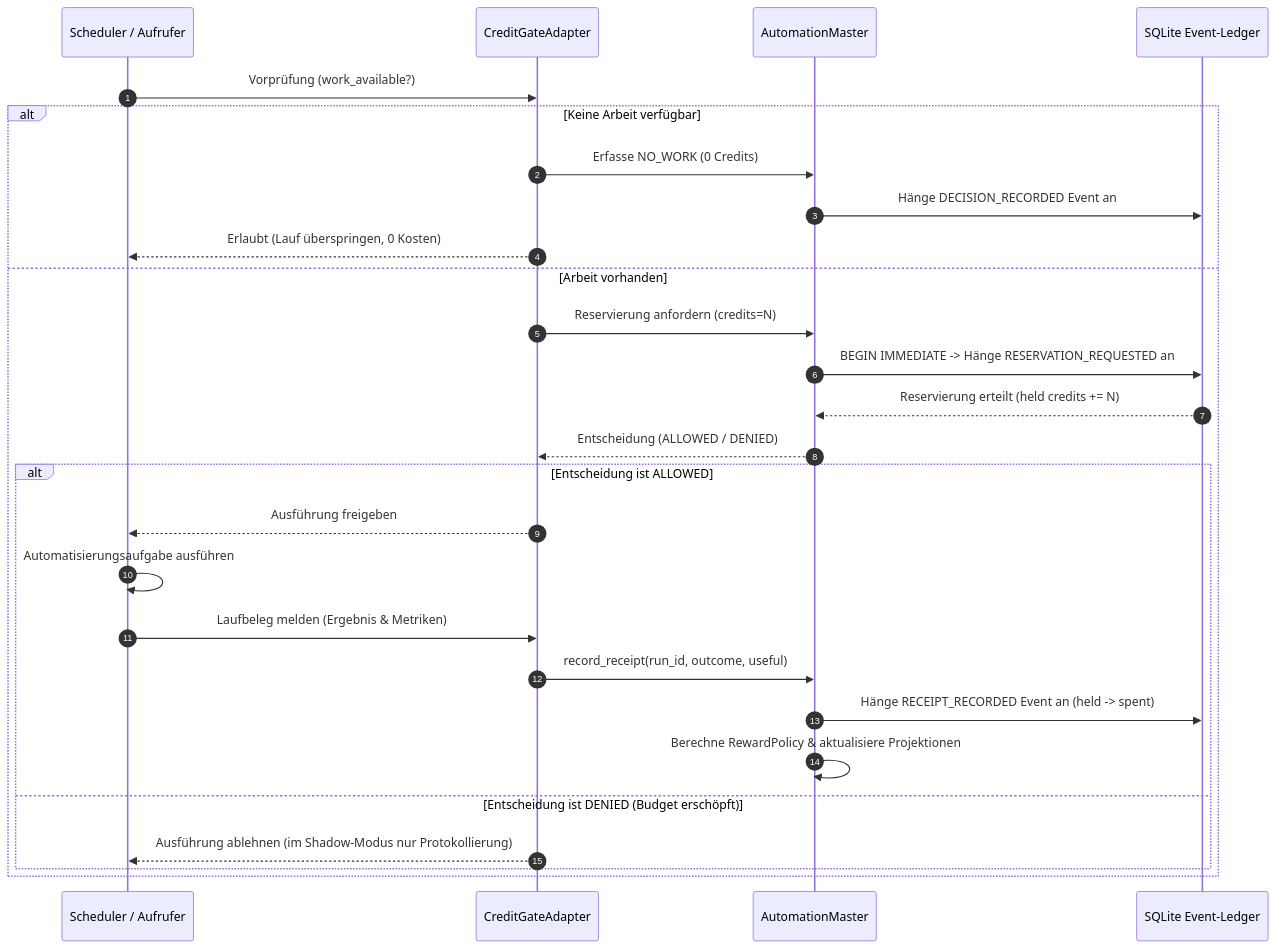
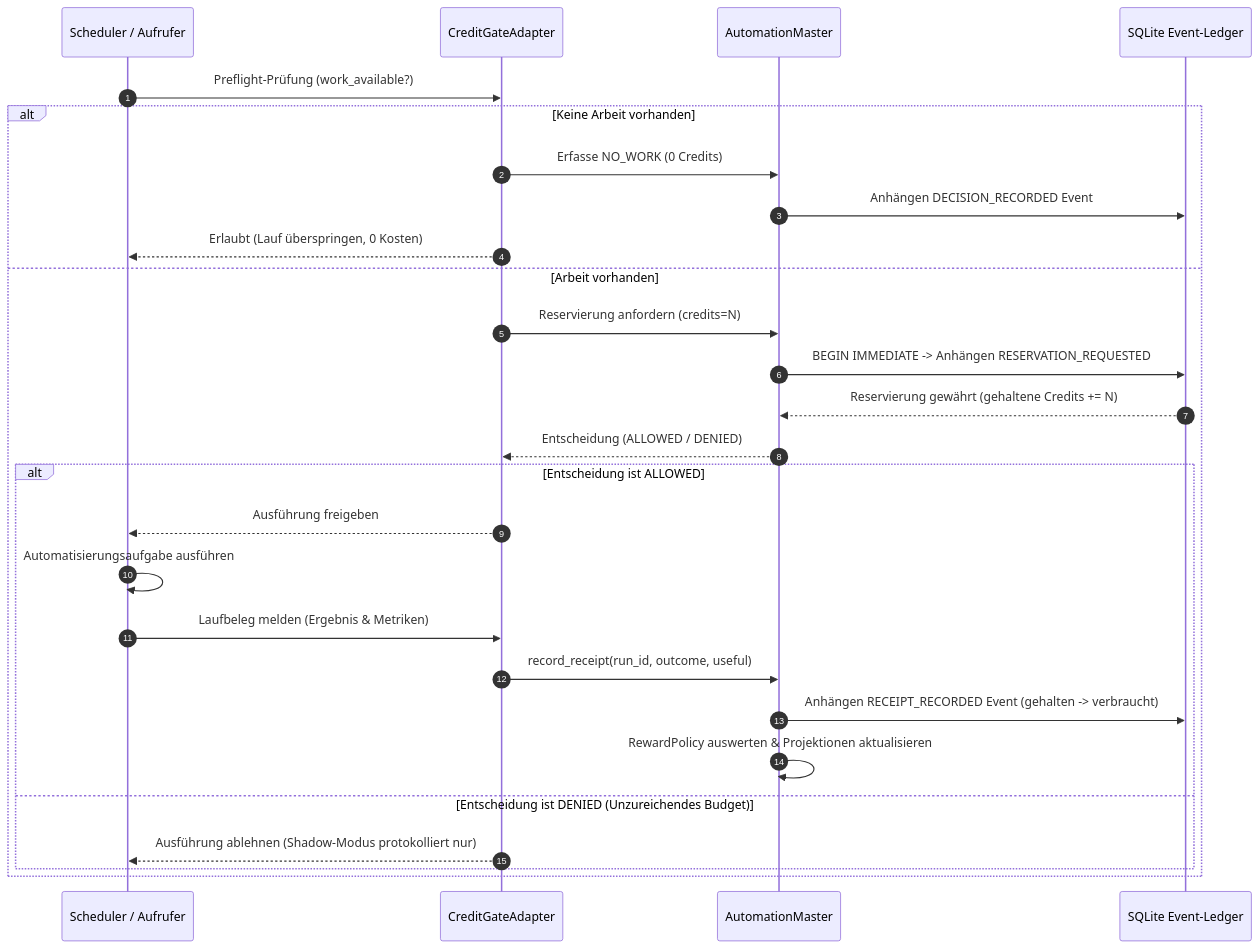
Before and after one commit to dev-bricks/automation-master: the second of 3 diagrams in README_de.md, drawn with Mermaid. The commit also changed other lines of this file and 10 other files, not shown here.

````diff
--- a/README_de.md
+++ b/README_de.md
@@ -110,30 +111,30 @@
 ```mermaid
 sequenceDiagram
     autonumber
     participant S as Scheduler / Aufrufer
     participant G as CreditGateAdapter
     participant M as AutomationMaster
     participant L as SQLite Event-Ledger
 
-    S->>G: Vorprüfung (work_available?)
-    alt Keine Arbeit verfügbar
+    S->>G: Preflight-Prüfung (work_available?)
+    alt Keine Arbeit vorhanden
         G->>M: Erfasse NO_WORK (0 Credits)
-        M->>L: Hänge DECISION_RECORDED Event an
+        M->>L: Anhängen DECISION_RECORDED Event
         G-->>S: Erlaubt (Lauf überspringen, 0 Kosten)
     else Arbeit vorhanden
         G->>M: Reservierung anfordern (credits=N)
-        M->>L: BEGIN IMMEDIATE -> Hänge RESERVATION_REQUESTED an
-        L-->>M: Reservierung erteilt (held credits += N)
+        M->>L: BEGIN IMMEDIATE -> Anhängen RESERVATION_REQUESTED
+        L-->>M: Reservierung gewährt (gehaltene Credits += N)
         M-->>G: Entscheidung (ALLOWED / DENIED)
         alt Entscheidung ist ALLOWED
             G-->>S: Ausführung freigeben
             S->>S: Automatisierungsaufgabe ausführen
             S->>G: Laufbeleg melden (Ergebnis & Metriken)
             G->>M: record_receipt(run_id, outcome, useful)
-            M->>L: Hänge RECEIPT_RECORDED Event an (held -> spent)
-            M->>M: Berechne RewardPolicy & aktualisiere Projektionen
-        else Entscheidung ist DENIED (Budget erschöpft)
-            G-->>S: Ausführung ablehnen (im Shadow-Modus nur Protokollierung)
+            M->>L: Anhängen RECEIPT_RECORDED Event (gehalten -> verbraucht)
+            M->>M: RewardPolicy auswerten & Projektionen aktualisieren
+        else Entscheidung ist DENIED (Unzureichendes Budget)
+            G-->>S: Ausführung ablehnen (Shadow-Modus protokolliert nur)
         end
     end
 ```
````
